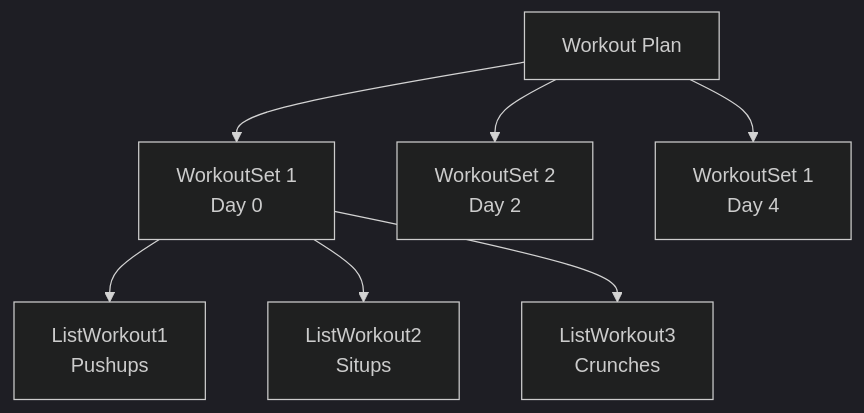
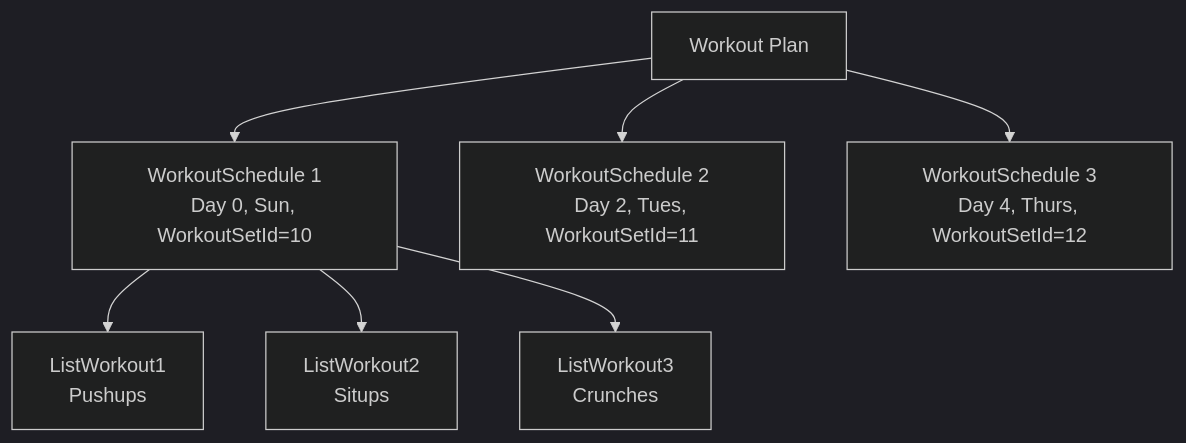
Before and after one commit to Krebnarb/fitgpt: the second of 4 diagrams in README.md, drawn with Mermaid (dark theme). The commit also changed other lines of this file and 12 other files, not shown here.

````diff
--- a/README.md
+++ b/README.md
@@ -6,16 +99,16 @@
 ```mermaid
 graph TD
     A[Workout Plan]
-    A --> B[WorkoutSet 1
-    Day 0] 
-    A --> C[WorkoutSet 2
-    Day 2]
-    A --> D[WorkoutSet 1
-    Day 4]
+    A --> B[WorkoutSchedule 1
+    Day 0, Sun, WorkoutSetId=10] 
+    A --> C[WorkoutSchedule 2
+    Day 2, Tues, WorkoutSetId=11]
+    A --> D[WorkoutSchedule 3
+    Day 4, Thurs, WorkoutSetId=12]
     B -->E[ListWorkout1
     Pushups]
     B -->F[ListWorkout2
     Situps]
     B -->G[ListWorkout3
     Crunches]
 ```
````
